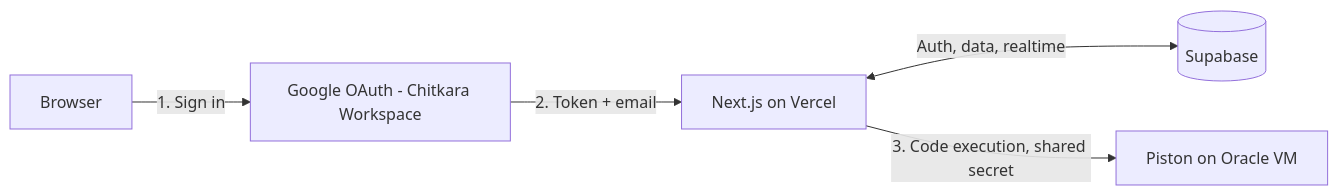
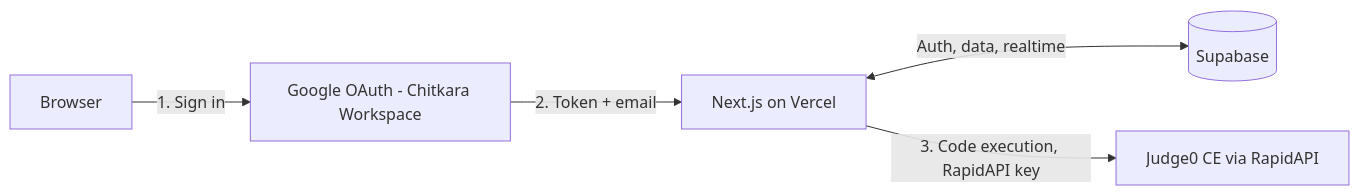
Before and after one commit to Developer-Amar/tech-track: the diagram in docs/Tech_Track_TRD.md, drawn with Mermaid. The commit also changed other lines of this file and 103 other files, not shown here.

Commit message:
feat: complete Tech Trek v1.0 — Sentinel Terminal, cinematic scroll timeline, 3D WebGL, full event platform, security patches

````diff
--- a/docs/Tech_Track_TRD.md
+++ b/docs/Tech_Track_TRD.md
@@ -30,7 +29,7 @@
 ```mermaid
 flowchart LR
     U[Browser] -->|1. Sign in| G[Google OAuth - Chitkara Workspace]
     G -->|2. Token + email| V[Next.js on Vercel]
     V <-->|Auth, data, realtime| S[(Supabase)]
-    V -->|3. Code execution, shared secret| P[Piston on Oracle VM]
+    V -->|3. Code execution, RapidAPI key| P[Judge0 CE via RapidAPI]
 ```
````
